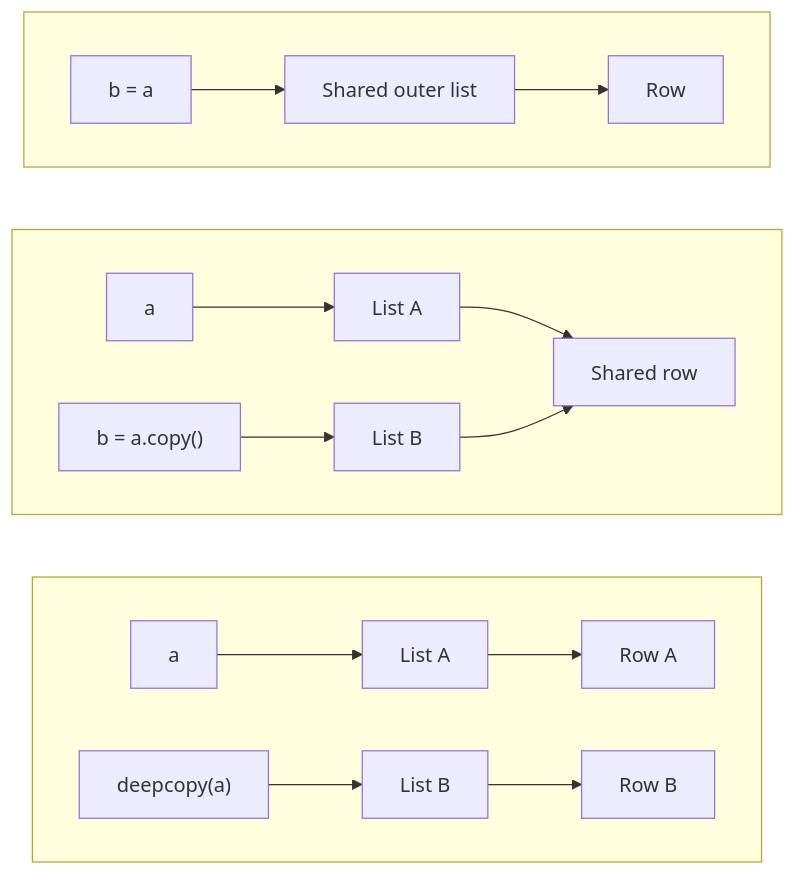
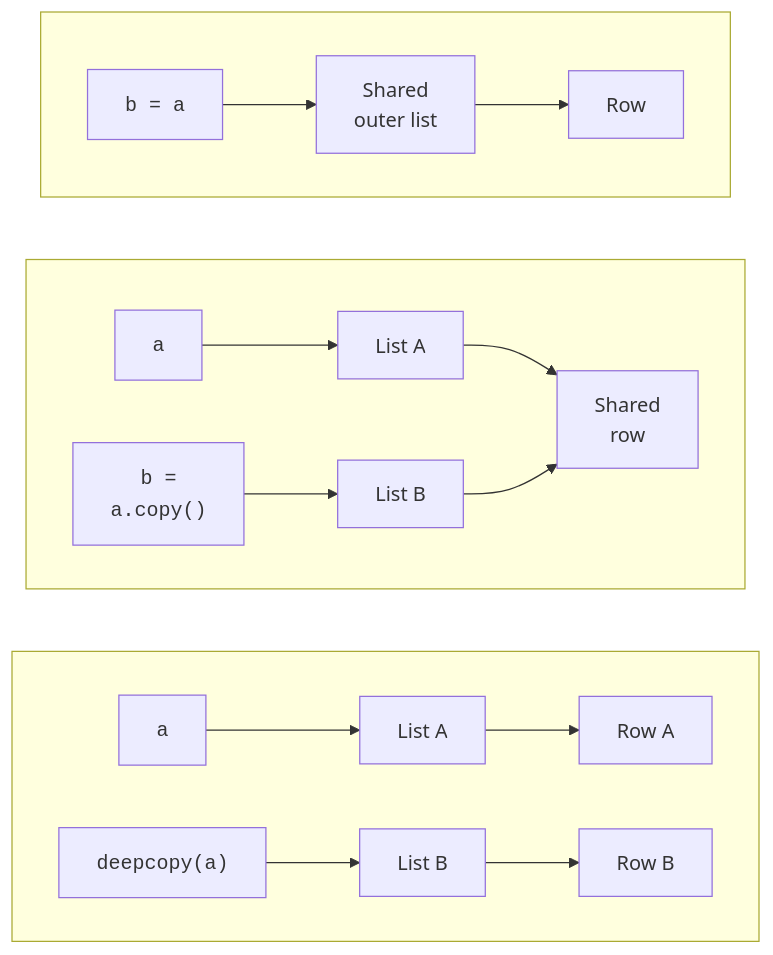
The diagram in src/courses/python/05-collections/comprehensions-tuples.md (musicvano/Blog), drawn with Mermaid before and after one commit. The commit also changed other lines of this file and 583 other files, not shown here.

````diff
--- a/src/courses/python/05-collections/comprehensions-tuples.md
+++ b/src/courses/python/05-collections/comprehensions-tuples.md
@@ -40,22 +40,22 @@
 ```mermaid
 flowchart TD
   subgraph G1[" "]
     direction LR
-    A1["b = a"] --> B1["Shared outer list"] --> C1["Row"]
+    A1["<code>b = a</code>"] --> B1["Shared<br>outer list"] --> C1["Row"]
   end
   subgraph G2[" "]
     direction LR
-    A2["a"] --> LA2["List A"]
-    B2["b = a.copy()"] --> LB2["List B"]
-    LA2 --> R2["Shared row"]
+    A2["<code>a</code>"] --> LA2["List A"]
+    B2["<code>b =<br>a.copy()</code>"] --> LB2["List B"]
+    LA2 --> R2["Shared<br>row"]
     LB2 --> R2
   end
   subgraph G3[" "]
     direction LR
-    A3["a"] --> LA3["List A"]
-    B3["deepcopy(a)"] --> LB3["List B"]
+    A3["<code>a</code>"] --> LA3["List A"]
+    B3["<code>deepcopy(a)</code>"] --> LB3["List B"]
     LA3 --> RA3["Row A"]
     LB3 --> RB3["Row B"]
   end
   G1 ~~~ G2 ~~~ G3
 ```
````
